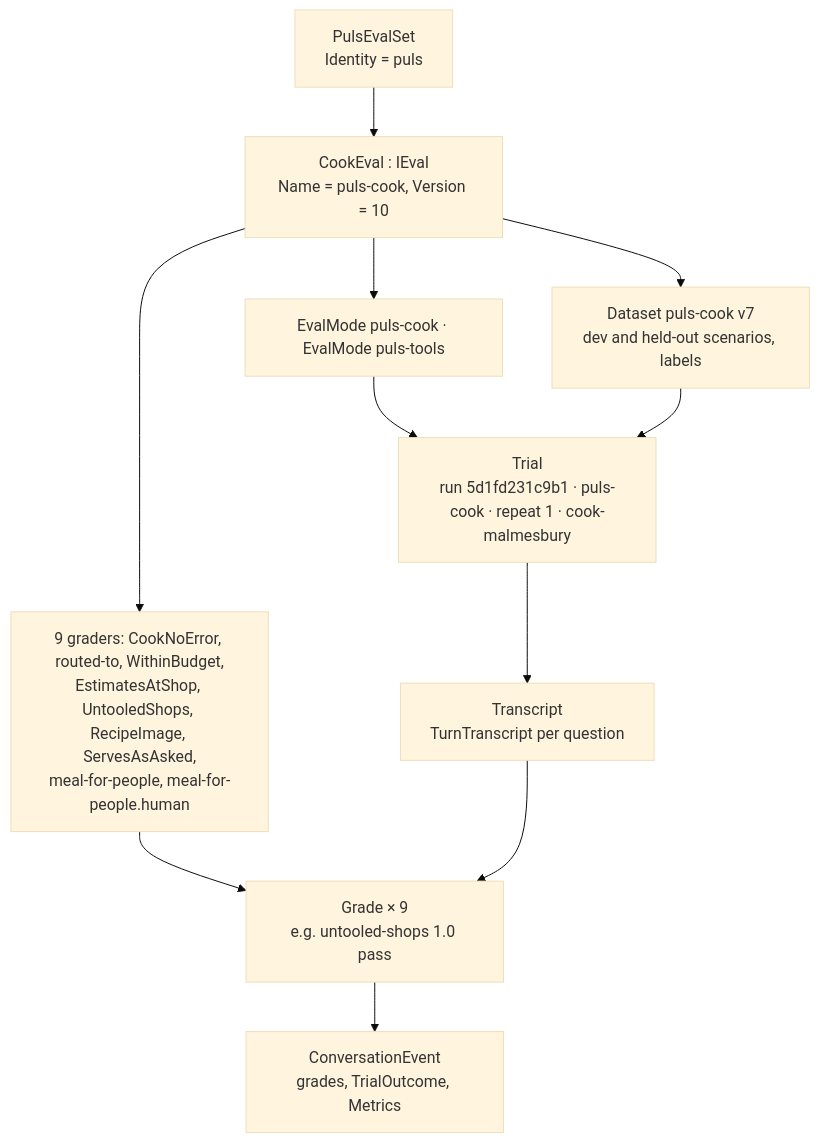
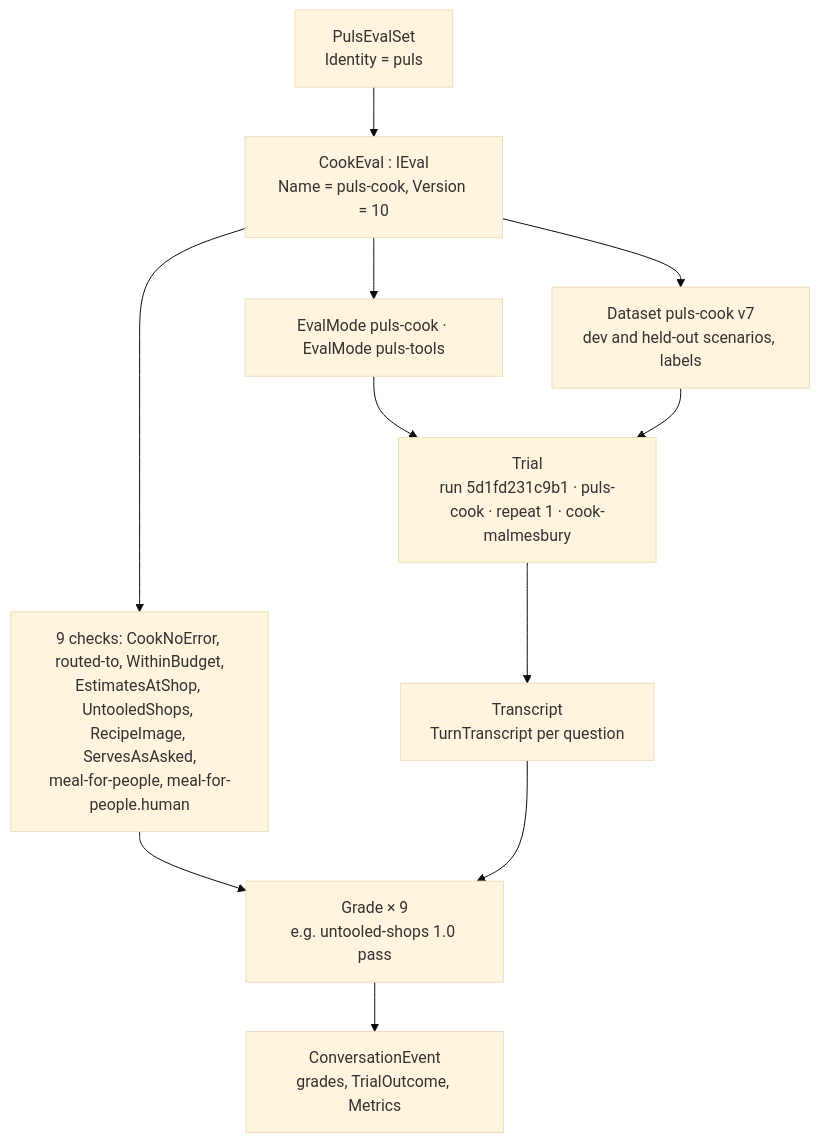
Before and after one commit to bosbevk/louis-agent: the third of 4 diagrams in docs/architecture/evals.md, drawn with Mermaid (base theme). The commit also changed other lines of this file and 22 other files, not shown here.

````diff
--- a/docs/architecture/evals.md
+++ b/docs/architecture/evals.md
@@ -159,22 +181,22 @@
 ```mermaid
 flowchart TB
   set["PulsEvalSet<br/>Identity = puls"]
   eval["CookEval : IEval<br/>Name = puls-cook, Version = 10"]
   modes["EvalMode puls-cook · EvalMode puls-tools"]
   data["Dataset puls-cook v7<br/>dev and held-out scenarios, labels"]
-  graders["9 graders: CookNoError, routed-to, WithinBudget,<br/>EstimatesAtShop, UntooledShops, RecipeImage, ServesAsAsked,<br/>meal-for-people, meal-for-people.human"]
+  graders["9 checks: CookNoError, routed-to, WithinBudget,<br/>EstimatesAtShop, UntooledShops, RecipeImage, ServesAsAsked,<br/>meal-for-people, meal-for-people.human"]
   trial["Trial<br/>run 5d1fd231c9b1 · puls-cook · repeat 1 · cook-malmesbury"]
   transcript["Transcript<br/>TurnTranscript per question"]
   grades["Grade × 9<br/>e.g. untooled-shops 1.0 pass"]
   conv["ConversationEvent<br/>grades, TrialOutcome, Metrics"]
   set --> eval
   eval --> modes
   eval --> data
   eval --> graders
   modes --> trial
   data --> trial
   trial --> transcript
   graders --> grades
   transcript --> grades
   grades --> conv
 ```
````
